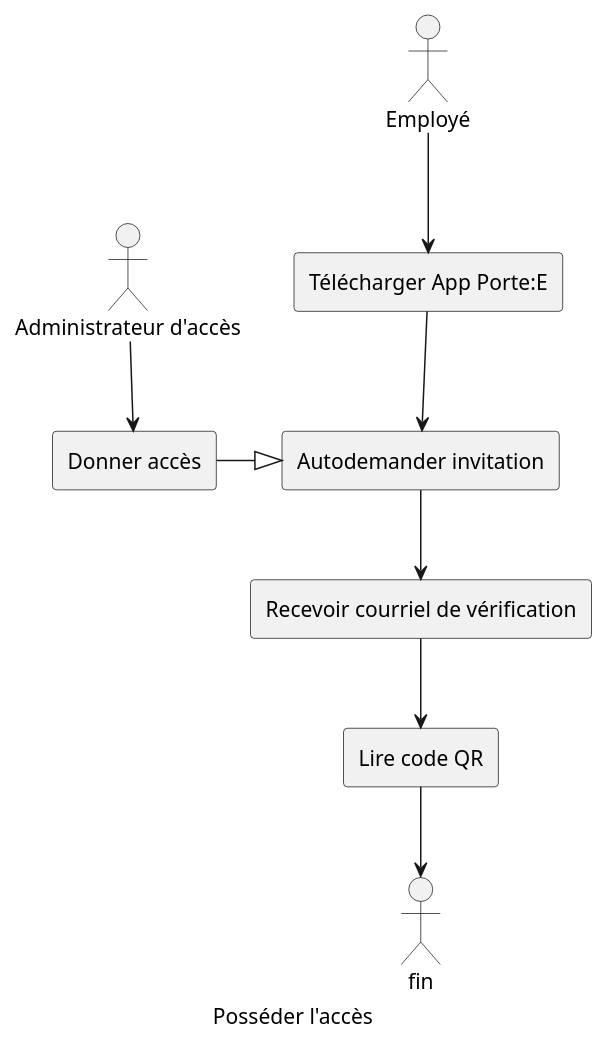
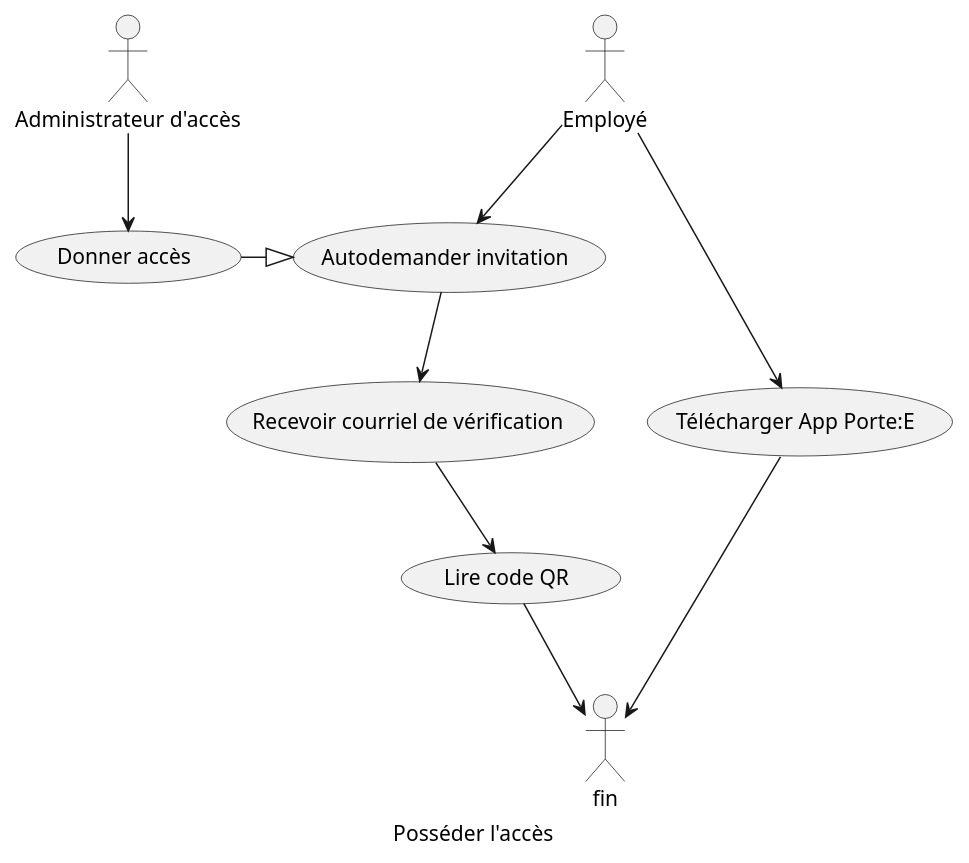
The diagram in doc/UseCaseEmetteurDacces.puml (CQEN-QDCE/exp-attestation-emploie-acces), drawn with PlantUML before and after one commit. The commit also changed 1 other file, not shown here.

Commit message:
Diagramme fini pour révision
Julio allait réviser

```diff
--- a/doc/UseCaseEmetteurDacces.puml
+++ b/doc/UseCaseEmetteurDacces.puml
@@ -1,22 +1,23 @@
-@startuml
+@startuml "Posseder l'accès"
 
 '**************
 'PROCESSUS DE VÉRIFICATION
 '**************
 caption "Posséder l'accès"
 actor "Employé" as empl
 actor "Administrateur d'accès" as admin
-agent "Donner accès" as donne
-agent "Télécharger App Porte:E" as app
-agent "Recevoir courriel de vérification" as verif
-agent "Lire code QR" as scan
-agent "Autodemander invitation" as autodemande
+usecase "Donner accès" as donne
+usecase "Télécharger App Porte:E" as app
+usecase "Recevoir courriel de vérification" as verif
+usecase "Lire code QR" as scan
+usecase "Autodemander invitation" as autodemande
 
 admin --> donne
 donne -|> autodemande
 empl --> app
-app --> autodemande
+empl --> autodemande
 autodemande --> verif
 verif --> scan
+app --> fin
 scan --> fin
 @enduml
```
